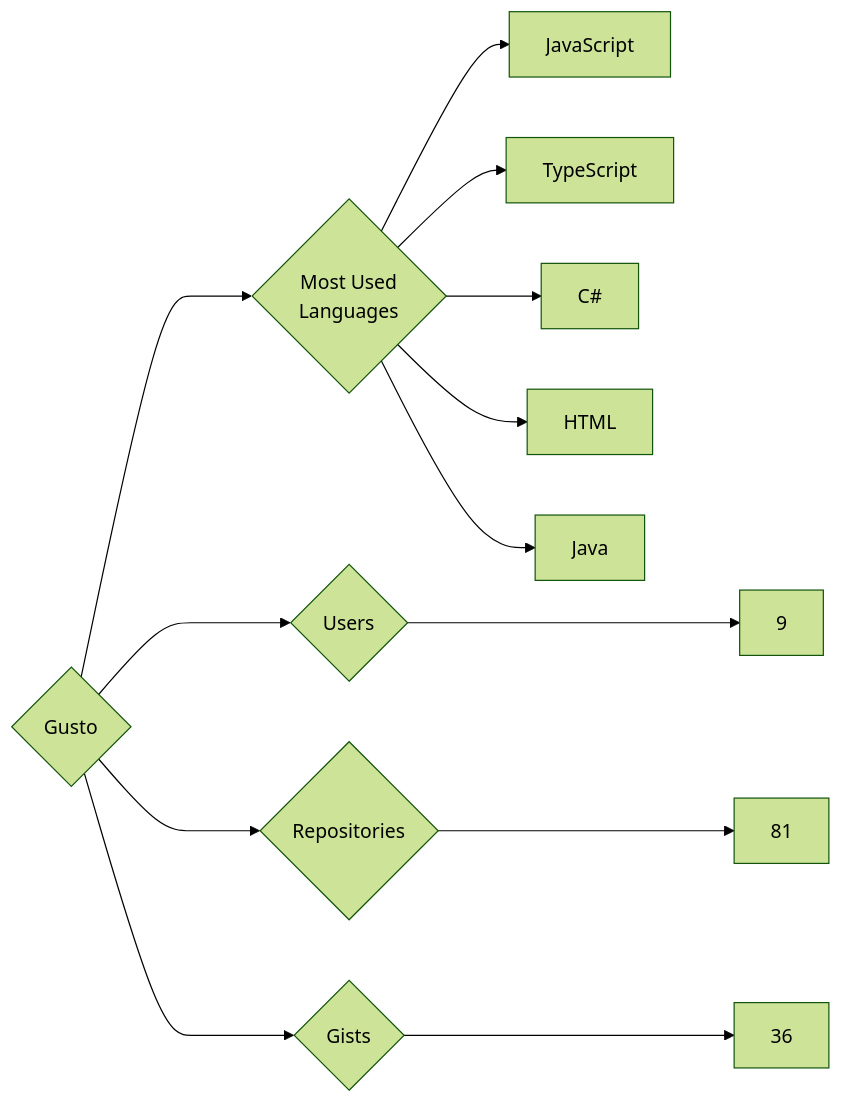
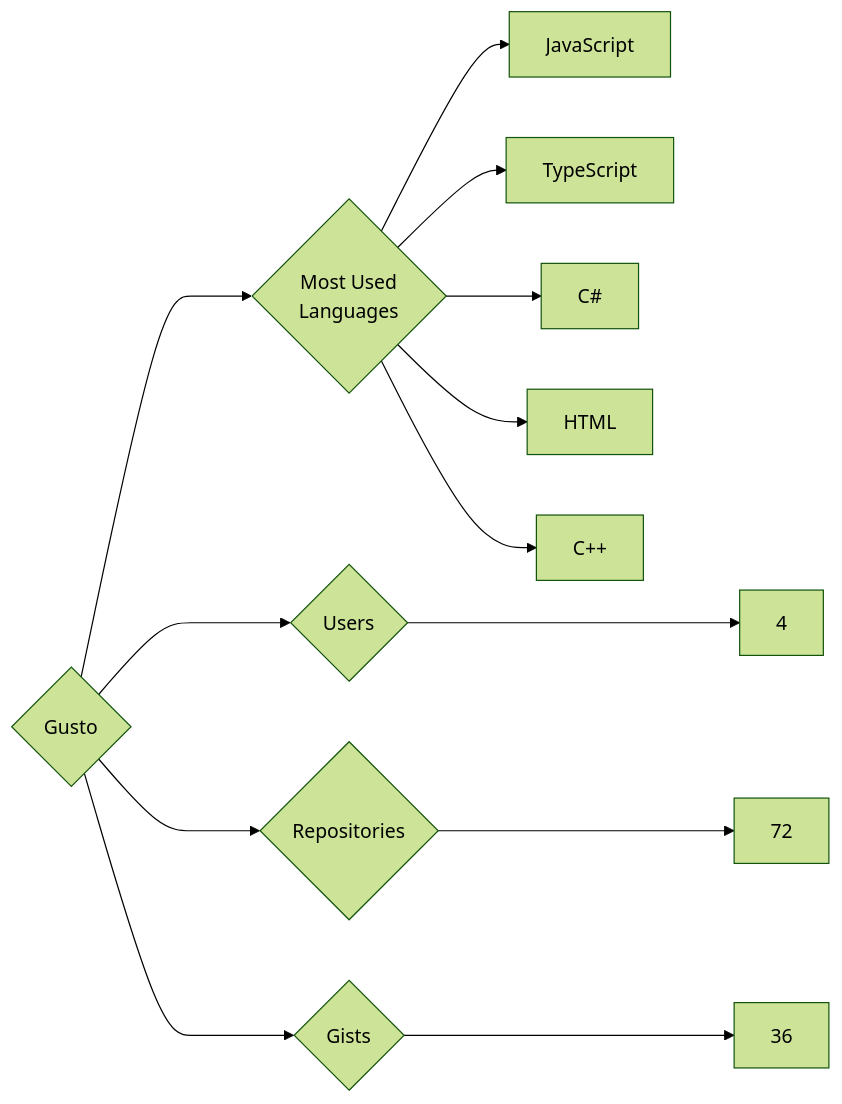
The diagram in targets/Gusto/README.md (trickest/insiders), drawn with Mermaid (forest theme) before and after one commit. The commit also changed 693 other files, not shown here.

````diff
--- a/targets/Gusto/README.md
+++ b/targets/Gusto/README.md
@@ -3,13 +3,13 @@
 ```mermaid
 graph LR
 COMPANY_NAME{Gusto}
-COMPANY_NAME ---> U{Users} ---> UN[9]
-COMPANY_NAME ---> R{Repositories} ---> RN[81]
+COMPANY_NAME ---> U{Users} ---> UN[4]
+COMPANY_NAME ---> R{Repositories} ---> RN[72]
 COMPANY_NAME ---> G{Gists} ---> GN[36]
 COMPANY_NAME ---> ML{Most Used<br>Languages}
 ML --> JavaScript[JavaScript]
 ML --> TypeScript[TypeScript]
 ML --> C#[C#]
 ML --> HTML[HTML]
-ML --> Java[Java]
+ML --> C++[C++]
 ```
````
